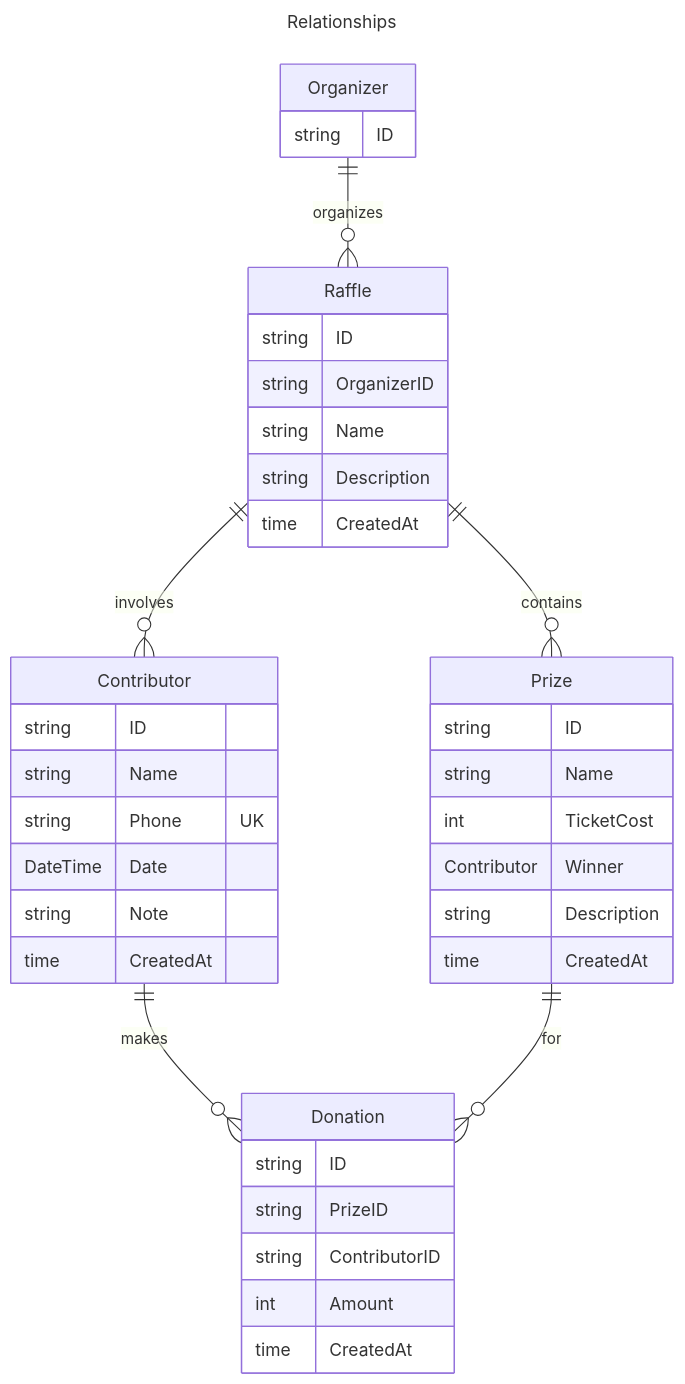
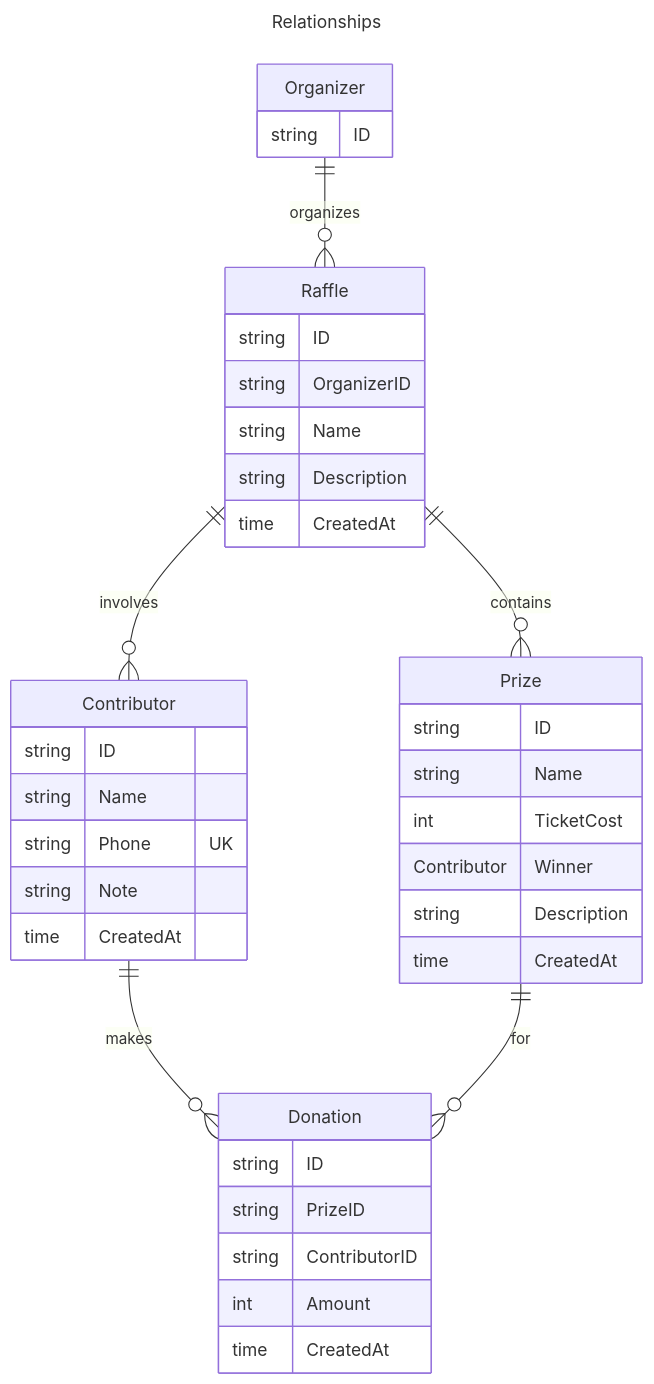
The second of 2 diagrams in README.md (bluegophercult/yarmarok), drawn with Mermaid before and after one commit.

````diff
--- a/README.md
+++ b/README.md
@@ -71,49 +71,48 @@
 ```mermaid
 ---
 title: Relationships
 ---
 erDiagram
     Organizer {
         string ID
     }
 
     Raffle {
         string ID
         string OrganizerID
         string Name
         string Description
         time CreatedAt
     }
 
     Prize {
         string ID
         string Name
         int TicketCost
         Contributor Winner
         string Description
         time CreatedAt
     }
 
     Contributor {
         string ID
         string Name
         string Phone UK
-        DateTime Date
         string Note
         time CreatedAt
     }
 
     Donation {
         string ID
         string PrizeID
         string ContributorID
         int Amount
         time CreatedAt
     }
 
     Organizer ||--o{ Raffle: organizes
     Raffle ||--o{ Prize: contains
     Raffle ||--o{ Contributor: involves
     Contributor ||--o{ Donation: makes
     Prize ||--o{ Donation: for
 ```
````
